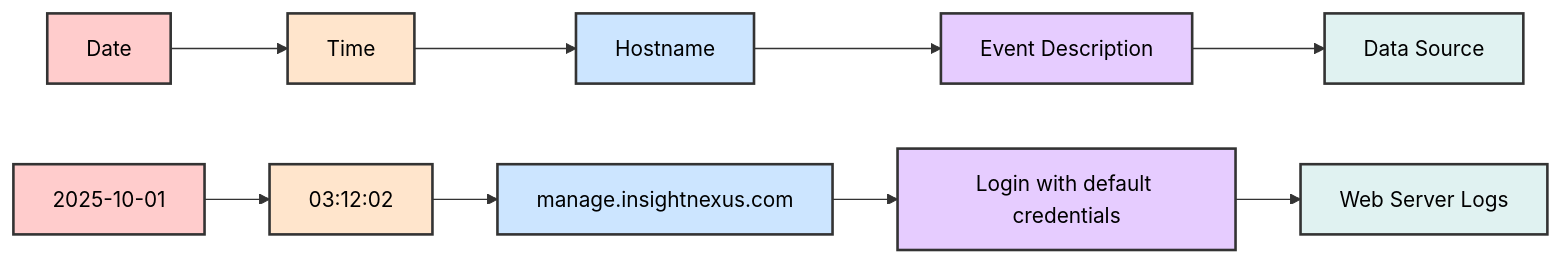
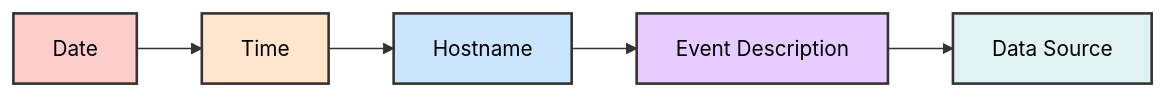
Diagram 17 of 29 in 1-Incident-Handling-Process/README.md (manojxshrestha/SOC-Analyst-Cheatsheet), drawn with Mermaid before and after one commit. The commit also changed other lines of this file, not shown here.

Commit message:
Fix remaining mermaid diagrams - remove duplicate labels, simplify structures

````diff
--- a/1-Incident-Handling-Process/README.md
+++ b/1-Incident-Handling-Process/README.md
@@ -638,23 +640,13 @@
 ```mermaid
 graph LR
     A["Date"] --> B["Time"]
     B --> C["Hostname"]
     C --> D["Event Description"]
     D --> E["Data Source"]
     
-    F["2025-10-01"] --> G["03:12:02"]
-    G --> H["manage.insightnexus.com"]
-    H --> I["Login with default credentials"]
-    I --> J["Web Server Logs"]
-    
     style A fill:#ffcccc,stroke:#333,stroke-width:2px,color:#000
     style B fill:#ffe5cc,stroke:#333,stroke-width:2px,color:#000
     style C fill:#cce5ff,stroke:#333,stroke-width:2px,color:#000
     style D fill:#e6ccff,stroke:#333,stroke-width:2px,color:#000
     style E fill:#e0f2f1,stroke:#333,stroke-width:2px,color:#000
-    style F fill:#ffcccc,stroke:#333,stroke-width:2px,color:#000
-    style G fill:#ffe5cc,stroke:#333,stroke-width:2px,color:#000
-    style H fill:#cce5ff,stroke:#333,stroke-width:2px,color:#000
-    style I fill:#e6ccff,stroke:#333,stroke-width:2px,color:#000
-    style J fill:#e0f2f1,stroke:#333,stroke-width:2px,color:#000
 ```
````
